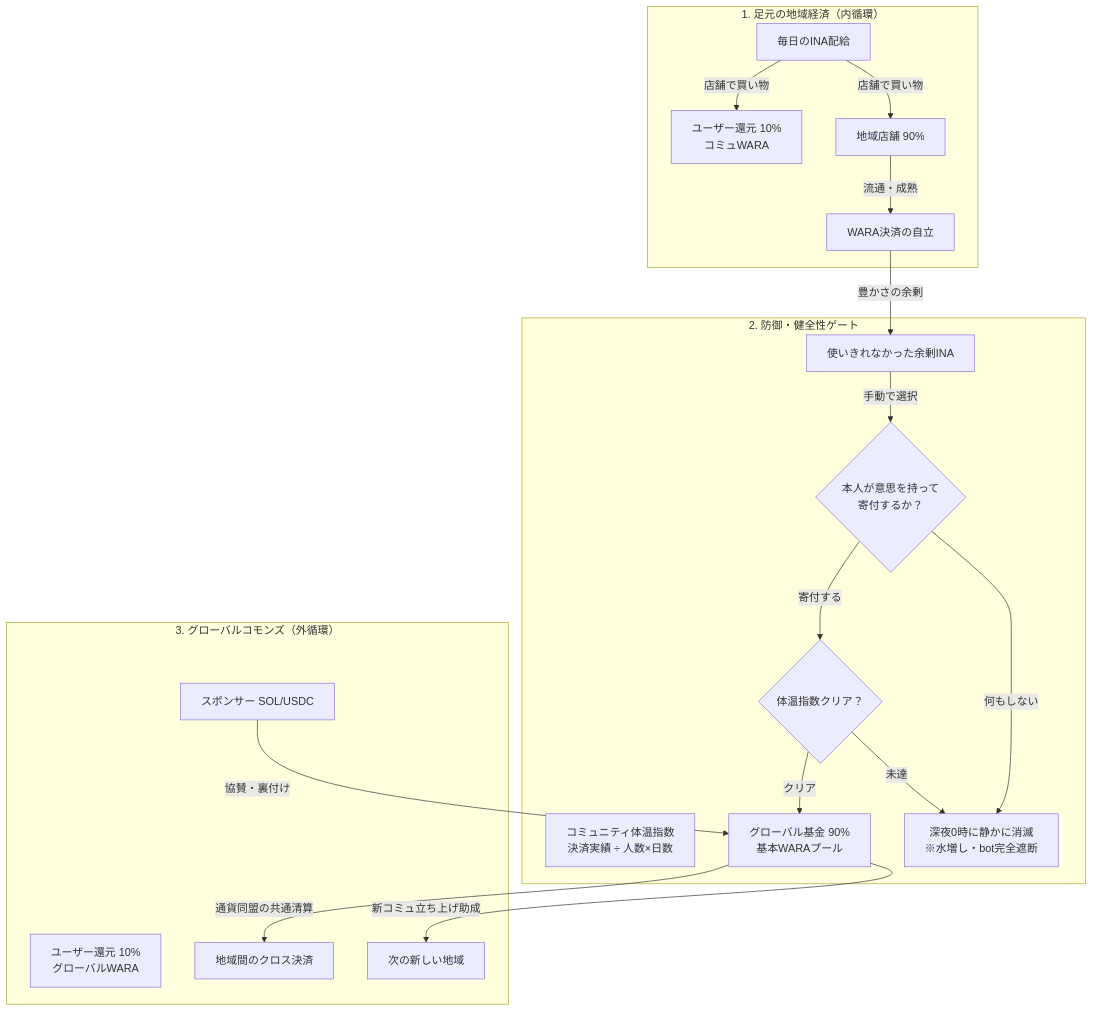
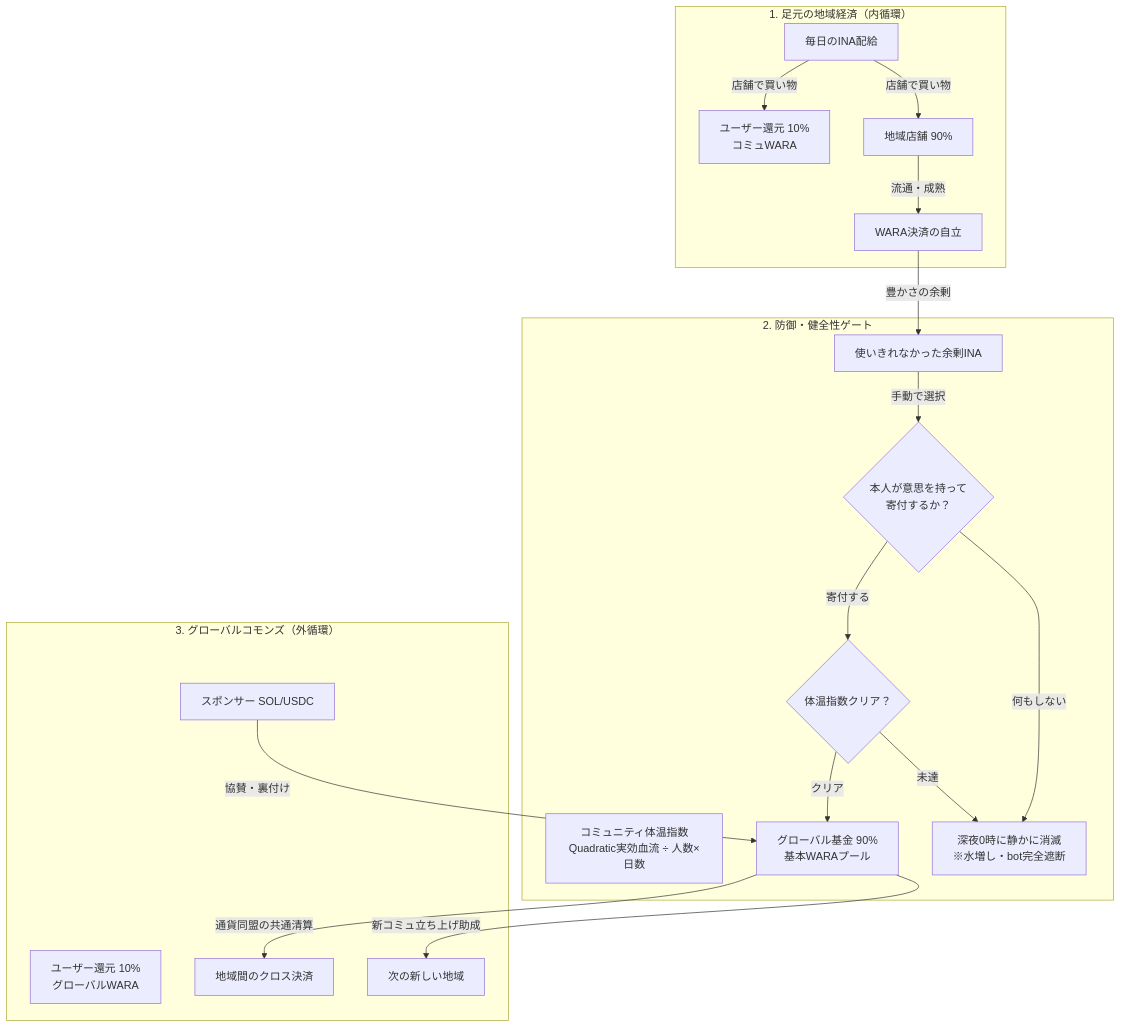
The diagram in docs/AGY-PROPOSAL.md (kentaroid-bot/wara-monku-ai), drawn with Mermaid before and after one commit. The commit also changed other lines of this file, not shown here.

````diff
--- a/docs/AGY-PROPOSAL.md
+++ b/docs/AGY-PROPOSAL.md
@@ -292,27 +308,27 @@
 ```mermaid
 flowchart TD
     subgraph Local [1. 足元の地域経済（内循環）]
         INA[毎日のINA配給] -->|店舗で買い物| Shop[地域店舗 90%]
         INA -->|店舗で買い物| UserLocal[ユーザー還元 10%<br>コミュWARA]
         Shop -->|流通・成熟| WaraEconomy[WARA決済の自立]
     end
 
     WaraEconomy -->|豊かさの余剰| Surplus[使いきれなかった余剰INA]
 
     subgraph Gate [2. 防御・健全性ゲート]
-        Health[コミュニティ体温指数<br>決済実績 ÷ 人数×日数]
+        Health[コミュニティ体温指数<br>Quadratic実効血流 ÷ 人数×日数]
         Surplus -->|手動で選択| Decision{本人が意思を持って<br>寄付するか？}
         Decision -->|何もしない| Expire[深夜0時に静かに消滅<br>※水増し・bot完全遮断]
         Decision -->|寄付する| Check{体温指数クリア？}
         Check -->|未達| Expire
         Check -->|クリア| Fund
     end
 
     subgraph Global [3. グローバルコモンズ（外循環）]
         Fund[グローバル基金 90%<br>基本WARAプール]
         UserGlobal[ユーザー還元 10%<br>グローバルWARA]
         Fund -->|新コミュ立ち上げ助成| NewCom[次の新しい地域]
         Fund -->|通貨同盟の共通清算| Treaty[地域間のクロス決済]
         Sponsor[スポンサー SOL/USDC] -->|協賛・裏付け| Fund
     end
 ```
````
